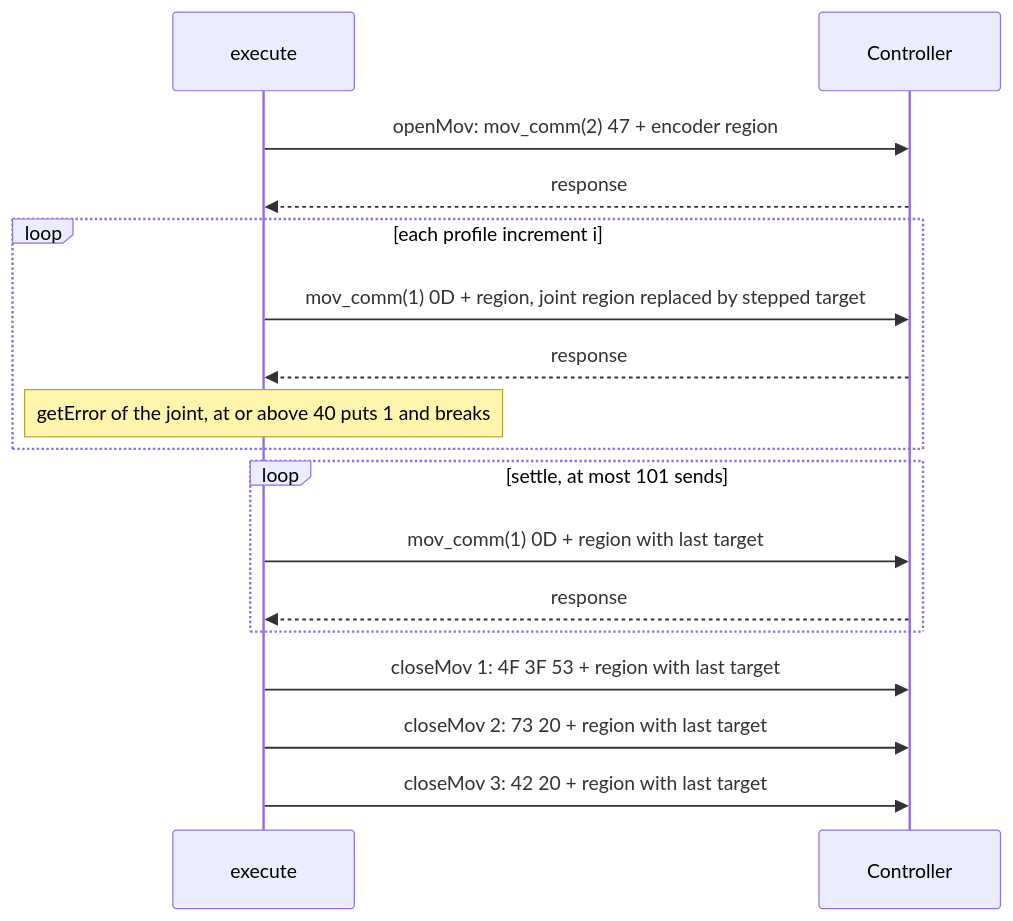
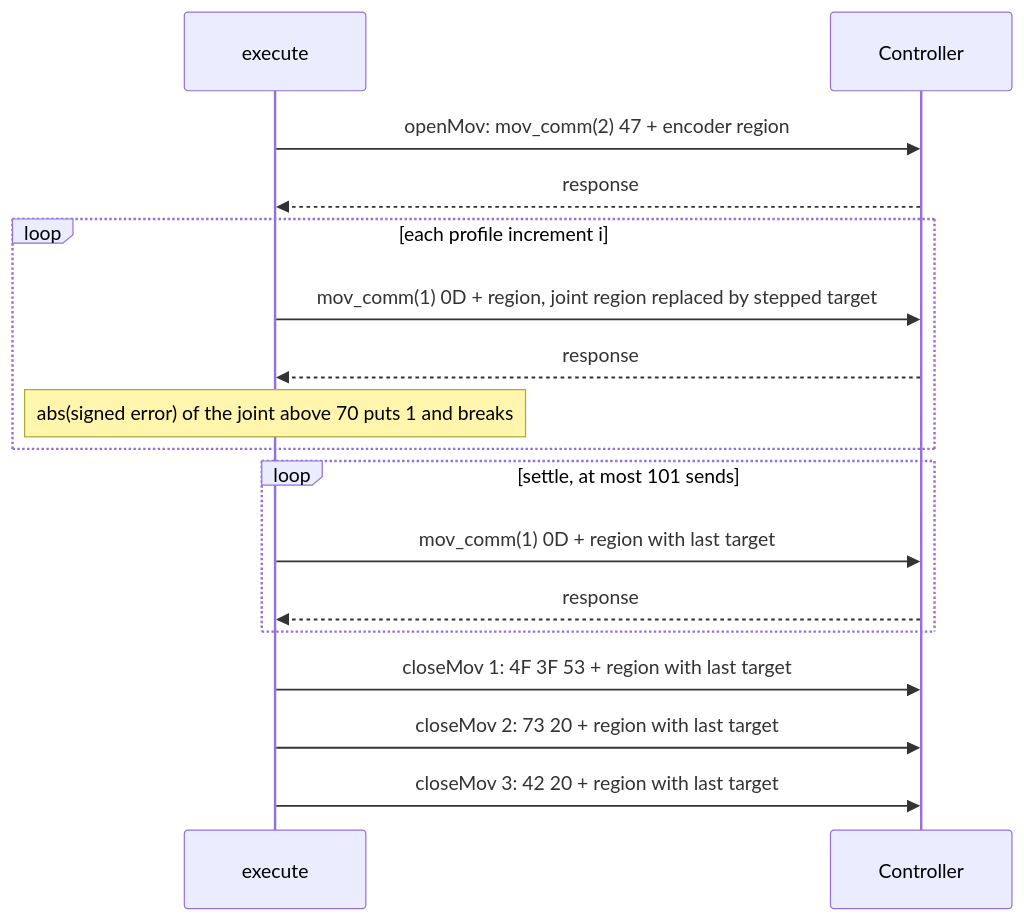
The third of 3 diagrams in docs/protocol/PROTOCOL.md (Sebastianr8243/scorbot-er4u-python), drawn with Mermaid before and after one commit. The commit also changed other lines of this file and 21 other files, not shown here.

````diff
--- a/docs/protocol/PROTOCOL.md
+++ b/docs/protocol/PROTOCOL.md
@@ -221,19 +221,19 @@
 ```mermaid
 sequenceDiagram
     participant E as execute
     participant C as Controller
     E->>C: openMov: mov_comm(2) 47 + encoder region
     C-->>E: response
     loop each profile increment i
         E->>C: mov_comm(1) 0D + region, joint region replaced by stepped target
         C-->>E: response
-        Note over E: getError of the joint, at or above 40 puts 1 and breaks
+        Note over E: abs(signed error) of the joint above 70 puts 1 and breaks
     end
     loop settle, at most 101 sends
         E->>C: mov_comm(1) 0D + region with last target
         C-->>E: response
     end
     E->>C: closeMov 1: 4F 3F 53 + region with last target
     E->>C: closeMov 2: 73 20 + region with last target
     E->>C: closeMov 3: 42 20 + region with last target
 ```
````
